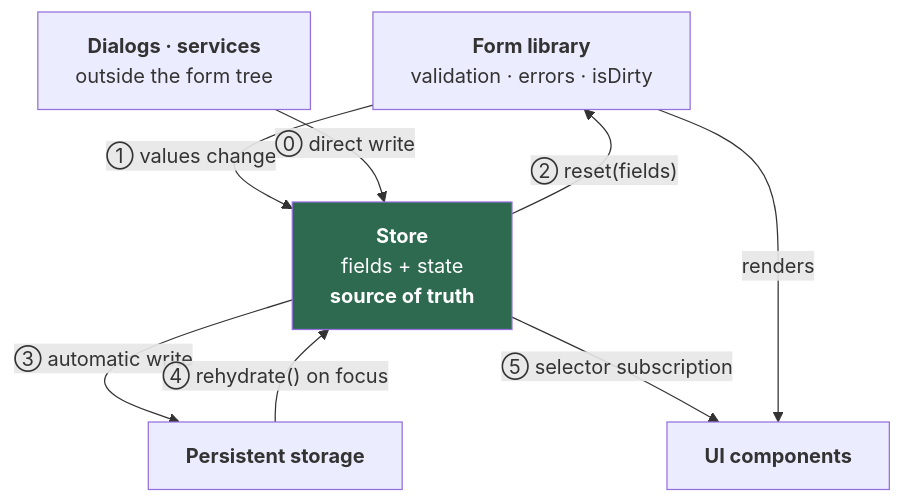
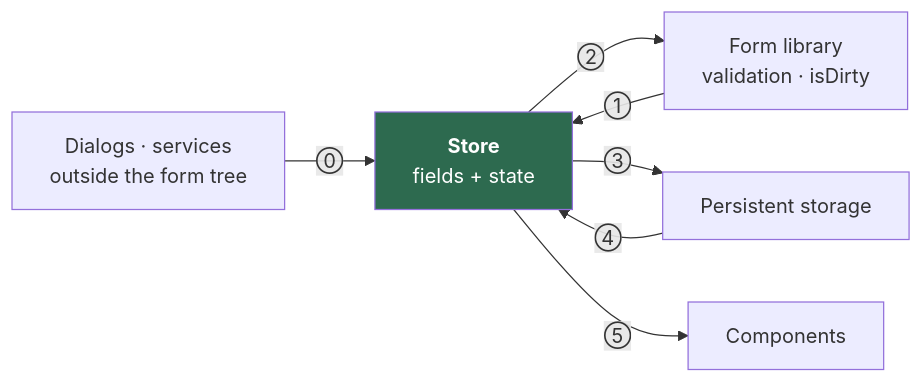
One commit to jadecubes/multi-party-state-sync changed the first of 9 diagrams in README.md. Above: the diagram before and after it, drawn with Mermaid. The commit also changed other lines of this file, not shown here.

First line of the commit message:
docs: reshape into question, statement, diagram

````diff
--- a/README.md
+++ b/README.md
@@ -7,19 +7,17 @@
 ```mermaid
-flowchart TB
-    F["<b>Form library</b><br/>validation · errors · isDirty"]
-    S["<b>Store</b><br/>fields + state<br/><b>source of truth</b>"]
-    P["<b>Persistent storage</b>"]
-    U["<b>UI components</b>"]
+flowchart LR
+    D["Dialogs · services<br/>outside the form tree"]
+    F["Form library<br/>validation · isDirty"]
+    S["<b>Store</b><br/>fields + state"]
+    P["Persistent storage"]
+    U["Components"]
 
-    D["<b>Dialogs · services</b><br/>outside the form tree"]
-
-    F -- "① values change" --> S
-    S -- "② reset(fields)" --> F
-    S -- "③ automatic write" --> P
-    P -- "④ rehydrate() on focus" --> S
-    S -- "⑤ selector subscription" --> U
-    D -- "⓪ direct write" --> S
-    F -- "renders" --> U
+    D -- "⓪" --> S
+    F -- "①" --> S
+    S -- "②" --> F
+    S -- "③" --> P
+    P -- "④" --> S
+    S -- "⑤" --> U
 
     style S fill:#2d6a4f,color:#fff
 ```
````
